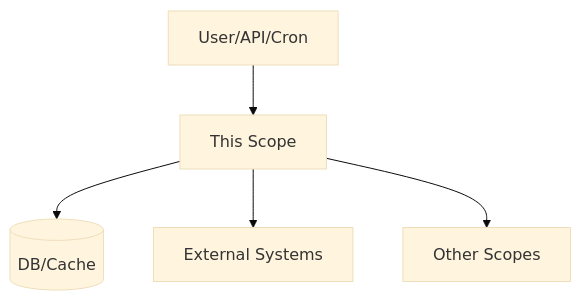
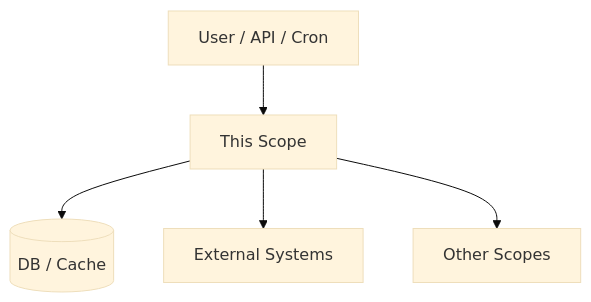
The diagram in skills/syncing-scopes/references/TEMPLATES.md (benrben/Scopes), drawn with Mermaid (base theme) before and after one commit. The commit also changed other lines of this file and 13 other files, not shown here.

````diff
--- a/skills/syncing-scopes/references/TEMPLATES.md
+++ b/skills/syncing-scopes/references/TEMPLATES.md
@@ -126,7 +126,7 @@
 ```mermaid
 flowchart TD
-  Actor[User/API/Cron] --> ThisScope[This Scope]
-  ThisScope --> DataStore[(DB/Cache)]
-  ThisScope --> External[External Systems]
-  ThisScope --> OtherScopes[Other Scopes]
+  Actor["User / API / Cron"] --> ThisScope["This Scope"]
+  ThisScope --> DataStore[("DB / Cache")]
+  ThisScope --> External["External Systems"]
+  ThisScope --> OtherScopes["Other Scopes"]
 ```
````
